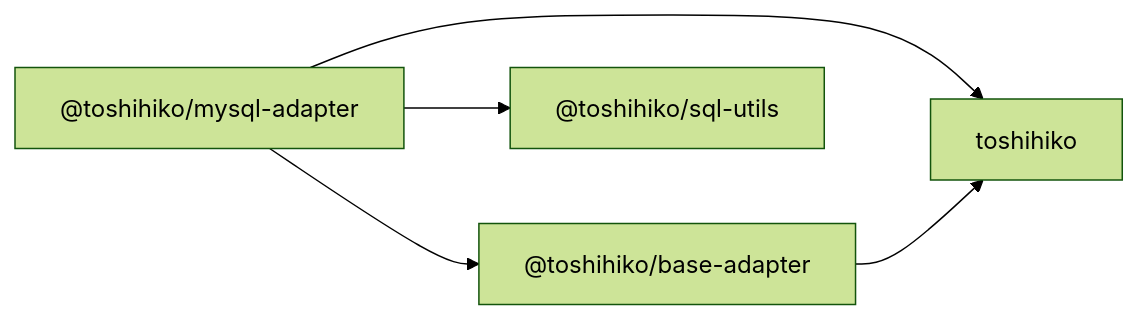
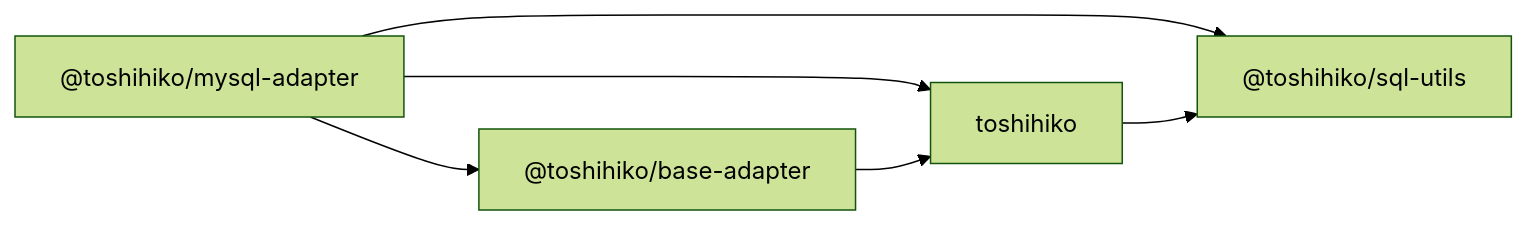
The diagram in README.md (toshihikojs/Toshihiko), drawn with Mermaid (forest theme) before and after one commit. The commit also changed other lines of this file and 28 other files, not shown here.

````diff
--- a/README.md
+++ b/README.md
@@ -93,7 +98,8 @@
 ```mermaid
 flowchart LR
   mysql["@toshihiko/mysql-adapter"] --> base["@toshihiko/base-adapter"]
   mysql --> core["toshihiko"]
   mysql --> sql["@toshihiko/sql-utils"]
   base --> core
+  core --> sql
 ```
````
